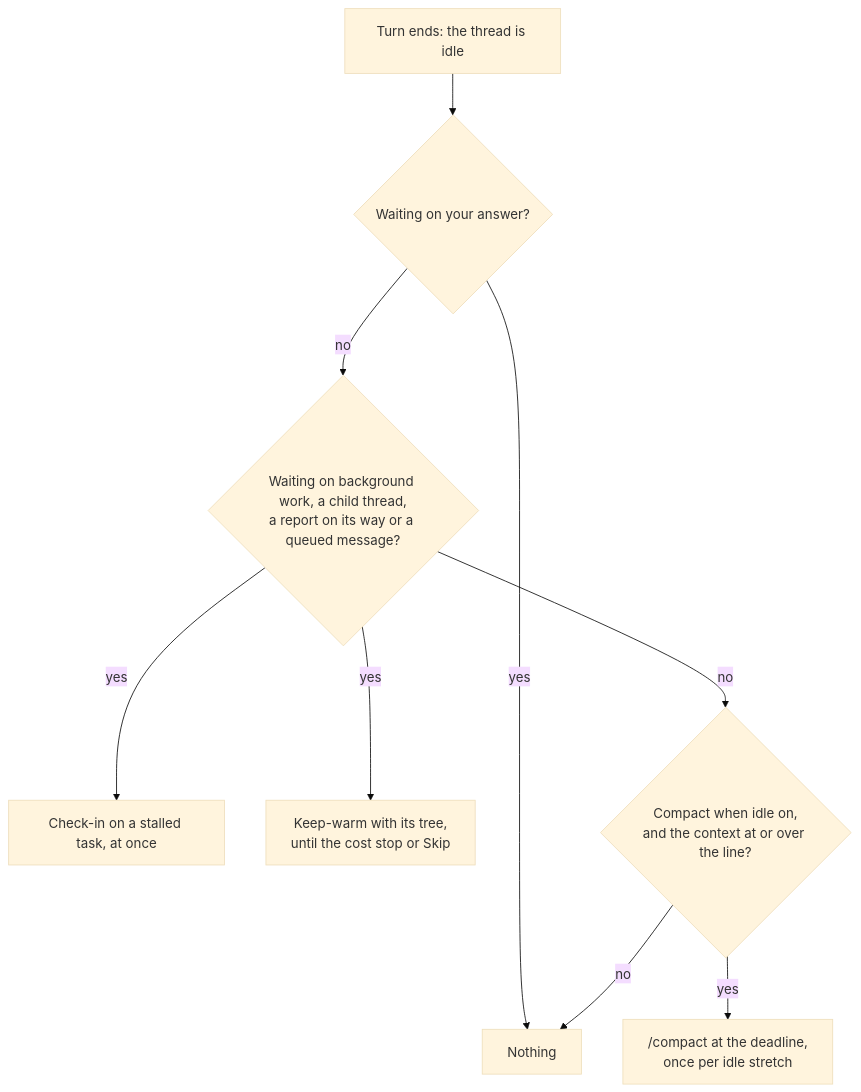
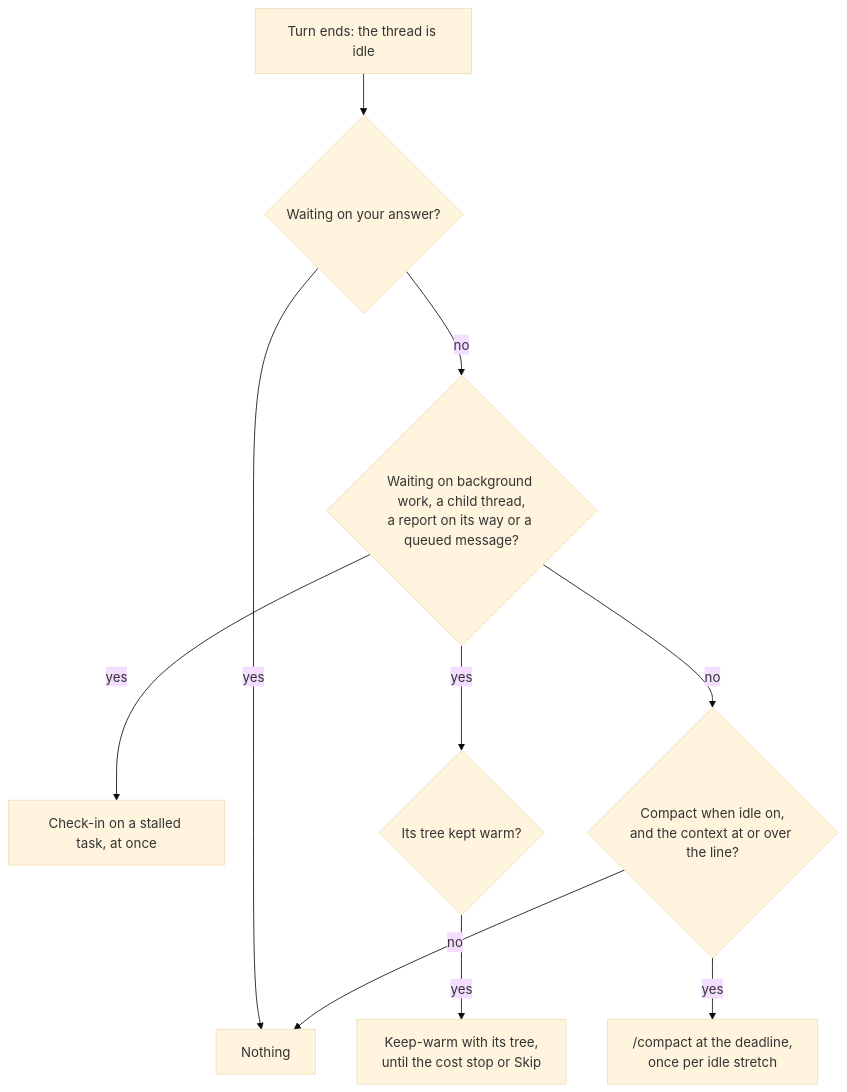
One commit to gperezmz/bb-plugins changed the first of 3 diagrams in docs/explanation/cache-keeper-timing.md. Above: the diagram before and after it, drawn with Mermaid (base theme). The commit also changed other lines of this file and 19 other files, not shown here.

First line of the commit message:
feat(cache-keeper): switch keep-warms per thread tree, off by default (#74)

````diff
--- a/docs/explanation/cache-keeper-timing.md
+++ b/docs/explanation/cache-keeper-timing.md
@@ -5,11 +5,12 @@
 ```mermaid
 flowchart TB
   idle["Turn ends: the thread is idle"] --> question{"Waiting on your answer?"}
   question -->|yes| nothing["Nothing"]
   question -->|no| waiting{"Waiting on background work, a child thread,<br/>a report on its way or a queued message?"}
   waiting -->|yes| stalled["Check-in on a stalled task, at once"]
-  waiting -->|yes| warm["Keep-warm with its tree,<br/>until the cost stop or Skip"]
+  waiting -->|yes| kept{"Its tree kept warm?"}
+  kept -->|yes| warm["Keep-warm with its tree,<br/>until the cost stop or Skip"]
   waiting -->|no| on{"Compact when idle on,<br/>and the context at or over the line?"}
   on -->|yes| compact["/compact at the deadline,<br/>once per idle stretch"]
   on -->|no| nothing
 ```
````
